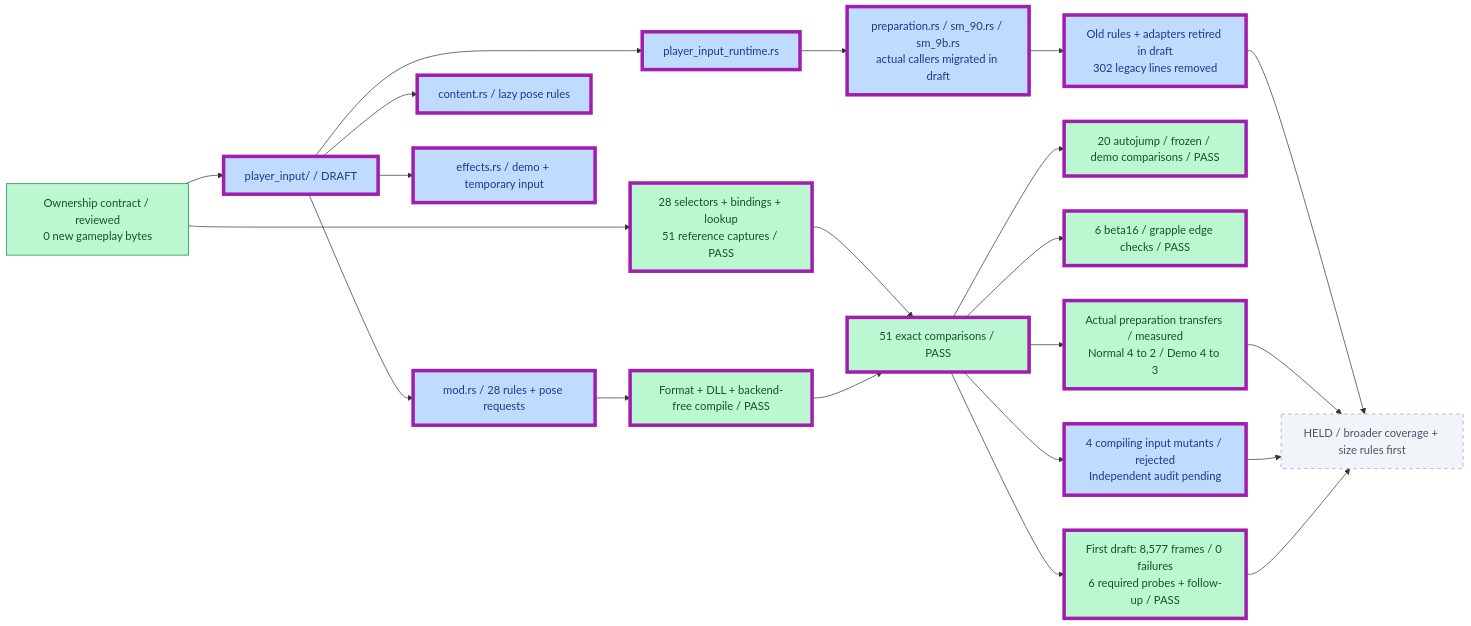
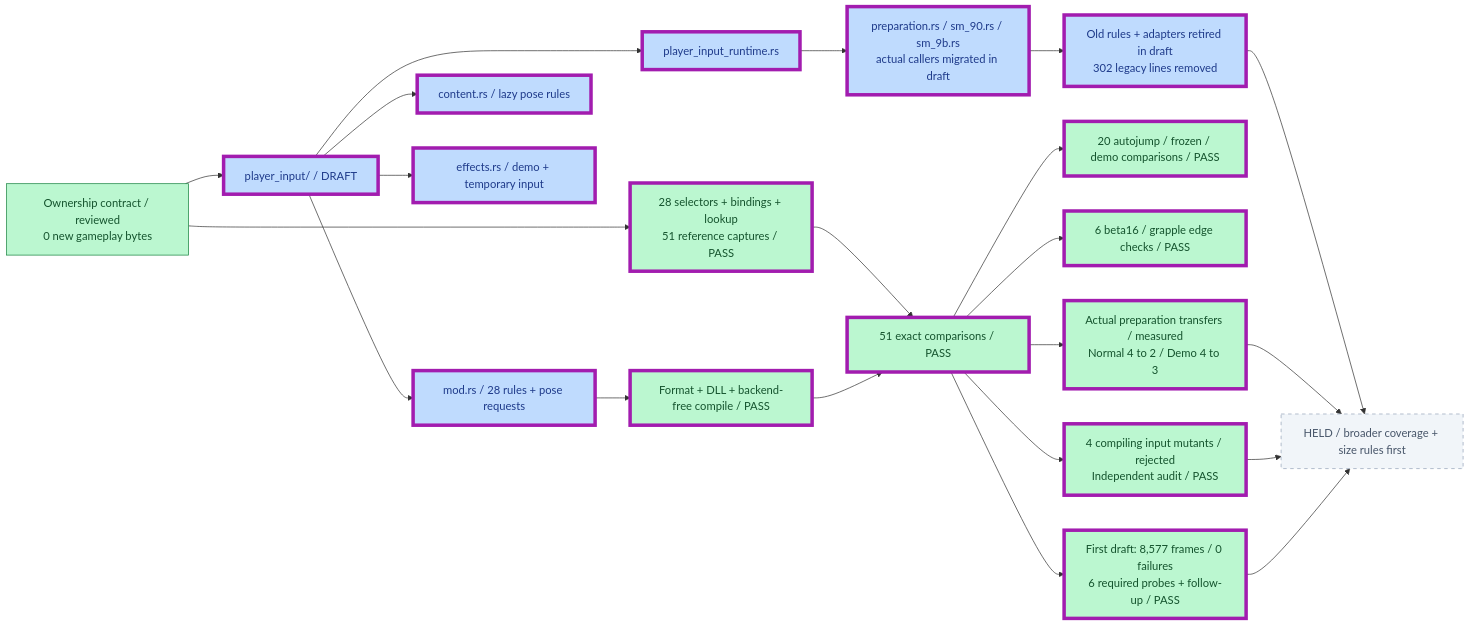
Before and after one commit to JimLundin/sm-decomp: the second of 28 diagrams in PROGRESS.md, drawn with Mermaid. The commit also changed other lines of this file and 54 other files, not shown here.

````diff
--- a/PROGRESS.md
+++ b/PROGRESS.md
@@ -26,30 +26,30 @@
 ```mermaid
 flowchart LR
     OWNER["Ownership contract / reviewed<br/>0 new gameplay bytes"]:::done
     OWNER --> INPUT["player_input/ / DRAFT"]:::draft
     INPUT --> RULES["mod.rs / 28 rules + pose requests"]:::draft
     INPUT --> CONTENT["content.rs / lazy pose rules"]:::draft
     INPUT --> EFFECTS["effects.rs / demo + temporary input"]:::draft
     INPUT --> HOST["player_input_runtime.rs"]:::draft
     HOST --> CALLERS["preparation.rs / sm_90.rs / sm_9b.rs<br/>actual callers migrated in draft"]:::draft
     CALLERS --> RETIRE["Old rules + adapters retired in draft<br/>302 legacy lines removed"]:::draft
     OWNER --> REFERENCES["28 selectors + bindings + lookup<br/>51 reference captures / PASS"]:::done
     RULES --> BUILD["Format + DLL + backend-free compile / PASS"]:::done
     REFERENCES --> COMPARE["51 exact comparisons / PASS"]:::done
     BUILD --> COMPARE
     COMPARE --> MODES["20 autojump / frozen / demo comparisons / PASS"]:::done
     COMPARE --> EDGES["6 beta16 / grapple edge checks / PASS"]:::done
     COMPARE --> TRANSFERS["Actual preparation transfers / measured<br/>Normal 4 to 2 / Demo 4 to 3"]:::done
-    COMPARE --> MUT["4 compiling input mutants / rejected<br/>Independent audit pending"]:::draft
+    COMPARE --> MUT["4 compiling input mutants / rejected<br/>Independent audit / PASS"]:::done
     COMPARE --> REPLAY["First draft: 8,577 frames / 0 failures<br/>6 required probes + follow-up / PASS"]:::done
     RETIRE --> ADOPT["HELD / broader coverage + size rules first"]:::pending
     TRANSFERS --> ADOPT
     MUT --> ADOPT
     REPLAY --> ADOPT
     class INPUT,RULES,CONTENT,EFFECTS,HOST,CALLERS,RETIRE,REFERENCES,BUILD,COMPARE,MODES,EDGES,TRANSFERS,MUT,REPLAY changed
     classDef done fill:#bbf7d0,stroke:#15803d,color:#14532d
     classDef draft fill:#bfdbfe,stroke:#2563eb,color:#1e3a8a
     classDef active fill:#fed7aa,stroke:#ea580c,color:#7c2d12
     classDef pending fill:#f1f5f9,stroke:#94a3b8,color:#475569,stroke-dasharray:5 5
     classDef changed stroke:#a21caf,stroke-width:5px
 ```
````
